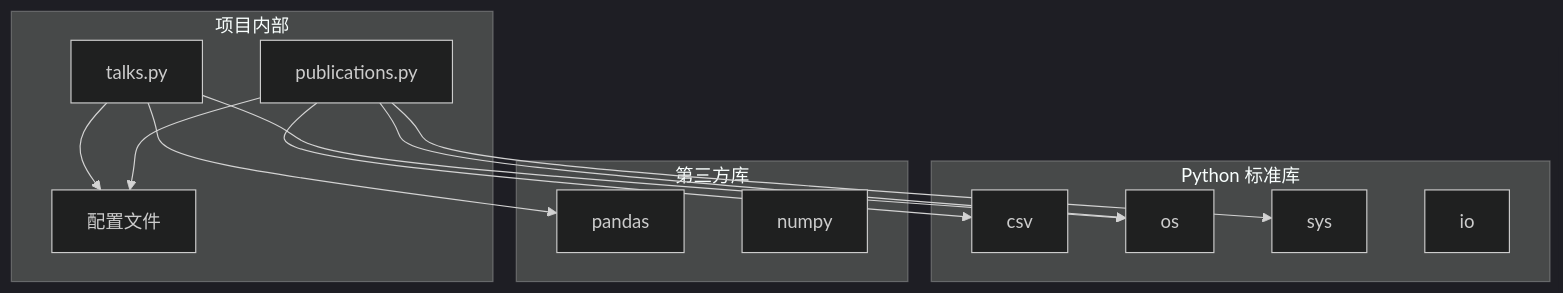
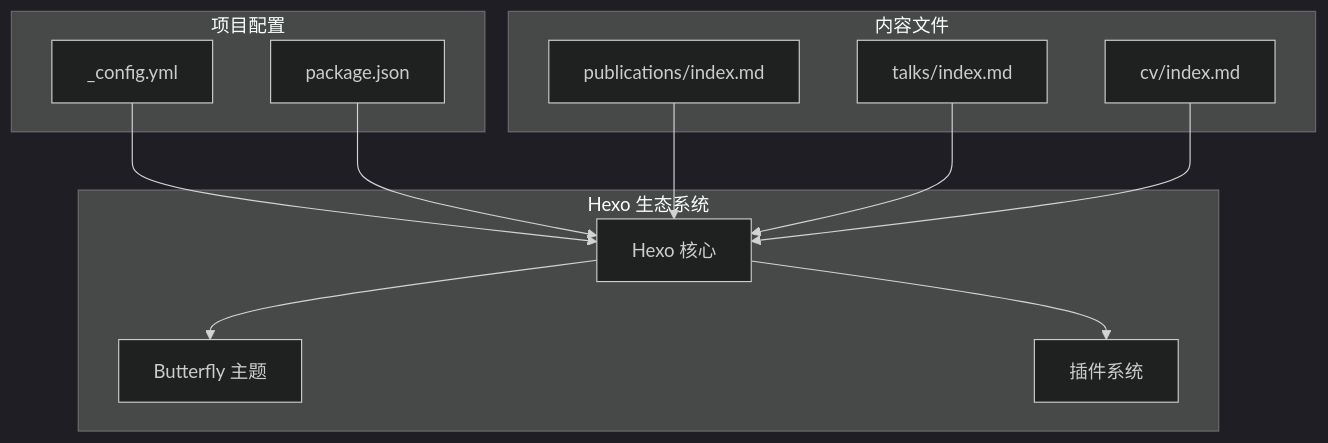
Before and after one commit to CoolPig0720/CoolPig0720.github.io: the seventh of 9 diagrams in .qoder/repowiki/zh/content/数据处理和自动化/Python 数据处理脚本.md, drawn with Mermaid (dark theme). The commit also changed other lines of this file and 36 other files, not shown here.

````diff
--- a/.qoder/repowiki/zh/content/数据处理和自动化/Python 数据处理脚本.md
+++ b/.qoder/repowiki/zh/content/数据处理和自动化/Python 数据处理脚本.md
@@ -332,25 +267,24 @@
 ```mermaid
 graph TB
-subgraph "Python 标准库"
-A[csv]
-B[os]
-C[sys]
-D[io]
+subgraph "Hexo 生态系统"
+A[Hexo 核心]
+B[Butterfly 主题]
+C[插件系统]
 end
-subgraph "第三方库"
-E[pandas]
-F[numpy]
+subgraph "项目配置"
+D[_config.yml]
+E[package.json]
 end
-subgraph "项目内部"
-G[publications.py]
-H[talks.py]
-I[配置文件]
+subgraph "内容文件"
+F[publications/index.md]
+G[talks/index.md]
+H[cv/index.md]
 end
+A --> B
+A --> C
+D --> A
+E --> A
+F --> A
 G --> A
-G --> B
-G --> C
-H --> E
-H --> B
-G --> I
-H --> I
+H --> A
 ```
````
